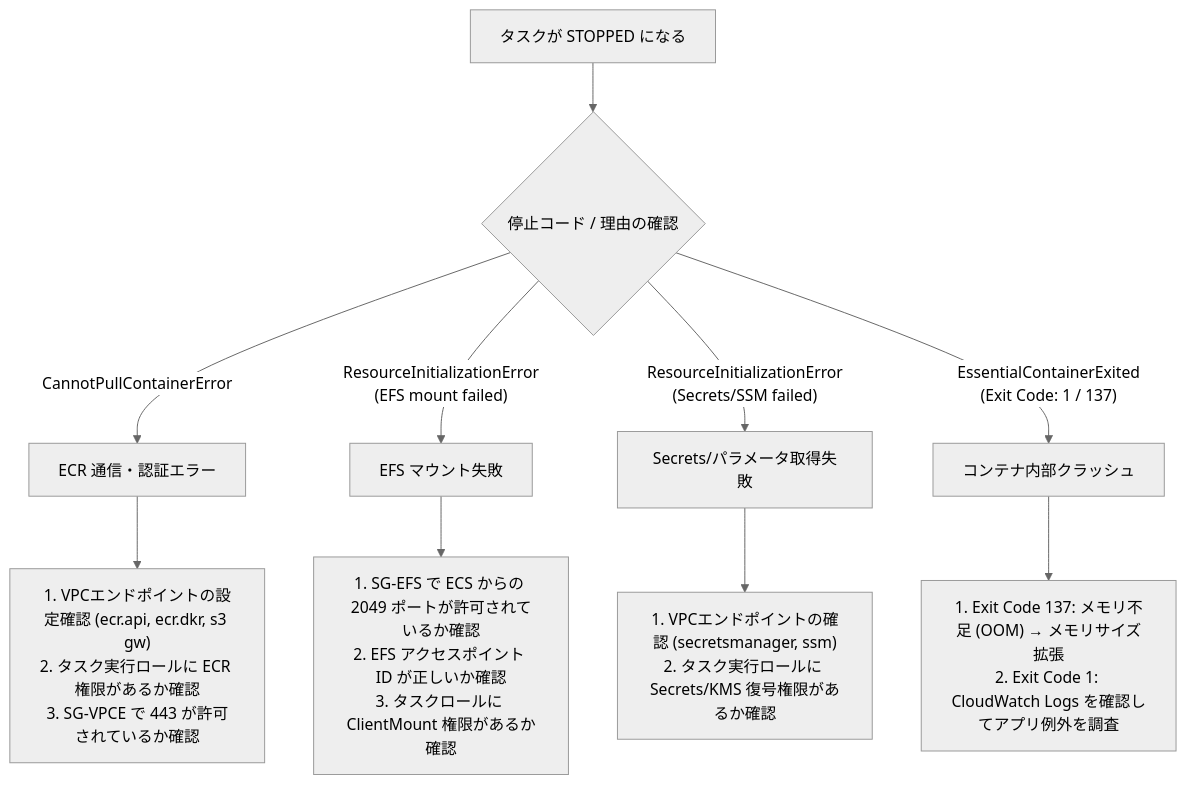
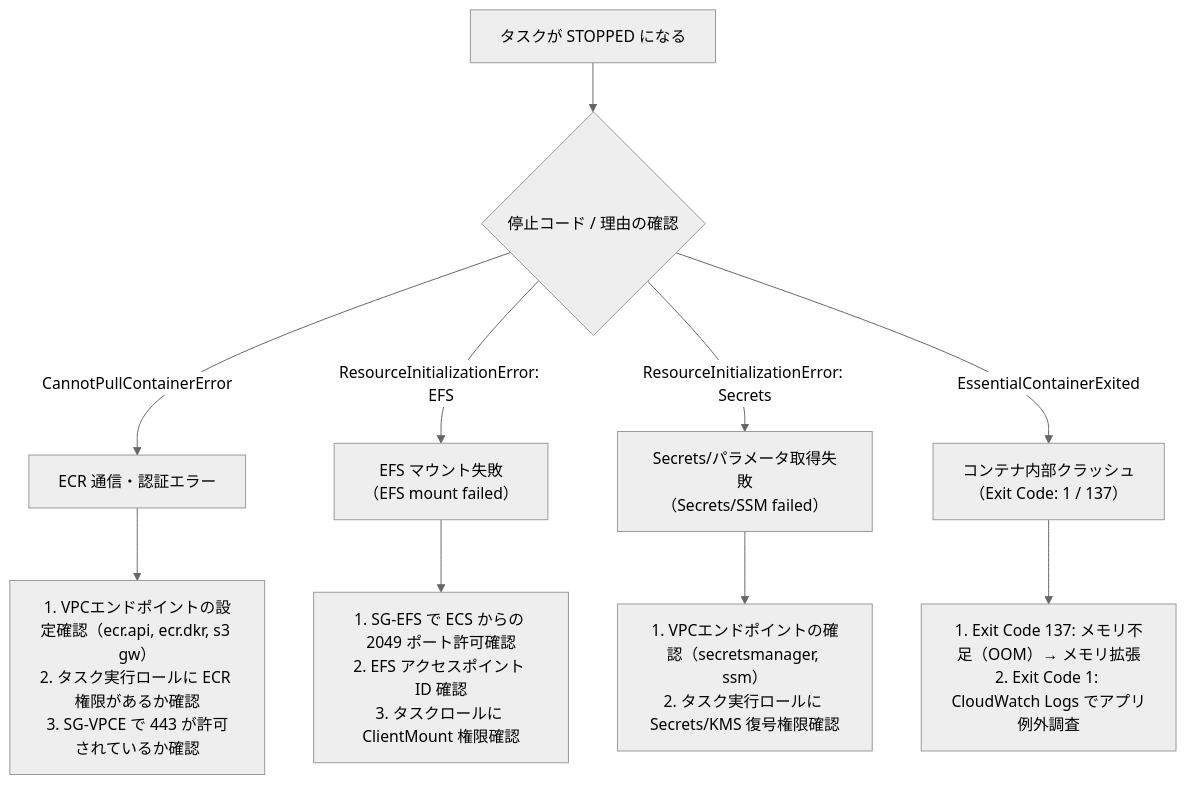
Diagram 17 of 17 in AWS：ECS.md (hide104y/markdown), drawn with Mermaid (neutral theme) before and after one commit. The commit also changed other lines of this file and 3 other files, not shown here.

Commit message:
GitHubのMermaidパーサーとの互換性考慮

````diff
--- a/AWS：ECS.md
+++ b/AWS：ECS.md
@@ -1915,16 +1915,16 @@
 ```mermaid
 flowchart TD
     Start["タスクが STOPPED になる"] --> CheckCode{"停止コード / 理由の確認"}
     
-    CheckCode -->|"CannotPullContainerError"| ECR_Issue["ECR 通信・認証エラー"]
-    ECR_Issue --> Fix_ECR["1. VPCエンドポイントの設定確認 (ecr.api, ecr.dkr, s3 gw)<br>2. タスク実行ロールに ECR 権限があるか確認<br>3. SG-VPCE で 443 が許可されているか確認"]
+    CheckCode -->|CannotPullContainerError| ECR_Issue["ECR 通信・認証エラー"]
+    ECR_Issue --> Fix_ECR["1. VPCエンドポイントの設定確認（ecr.api, ecr.dkr, s3 gw）<br>2. タスク実行ロールに ECR 権限があるか確認<br>3. SG-VPCE で 443 が許可されているか確認"]
 
-    CheckCode -->|"ResourceInitializationError<br>(EFS mount failed)"| EFS_Issue["EFS マウント失敗"]
-    EFS_Issue --> Fix_EFS["1. SG-EFS で ECS からの 2049 ポートが許可されているか確認<br>2. EFS アクセスポイント ID が正しいか確認<br>3. タスクロールに ClientMount 権限があるか確認"]
+    CheckCode -->|ResourceInitializationError: EFS| EFS_Issue["EFS マウント失敗<br>（EFS mount failed）"]
+    EFS_Issue --> Fix_EFS["1. SG-EFS で ECS からの 2049 ポート許可確認<br>2. EFS アクセスポイント ID 確認<br>3. タスクロールに ClientMount 権限確認"]
 
-    CheckCode -->|"ResourceInitializationError<br>(Secrets/SSM failed)"| Sec_Issue["Secrets/パラメータ取得失敗"]
-    Sec_Issue --> Fix_Sec["1. VPCエンドポイントの確認 (secretsmanager, ssm)<br>2. タスク実行ロールに Secrets/KMS 復号権限があるか確認"]
+    CheckCode -->|ResourceInitializationError: Secrets| Sec_Issue["Secrets/パラメータ取得失敗<br>（Secrets/SSM failed）"]
+    Sec_Issue --> Fix_Sec["1. VPCエンドポイントの確認（secretsmanager, ssm）<br>2. タスク実行ロールに Secrets/KMS 復号権限確認"]
 
-    CheckCode -->|"EssentialContainerExited<br>(Exit Code: 1 / 137)"| App_Issue["コンテナ内部クラッシュ"]
-    App_Issue --> Fix_App["1. Exit Code 137: メモリ不足 (OOM) → メモリサイズ拡張<br>2. Exit Code 1: CloudWatch Logs を確認してアプリ例外を調査"]
+    CheckCode -->|EssentialContainerExited| App_Issue["コンテナ内部クラッシュ<br>（Exit Code: 1 / 137）"]
+    App_Issue --> Fix_App["1. Exit Code 137: メモリ不足（OOM）→ メモリ拡張<br>2. Exit Code 1: CloudWatch Logs でアプリ例外調査"]
 ```
````
